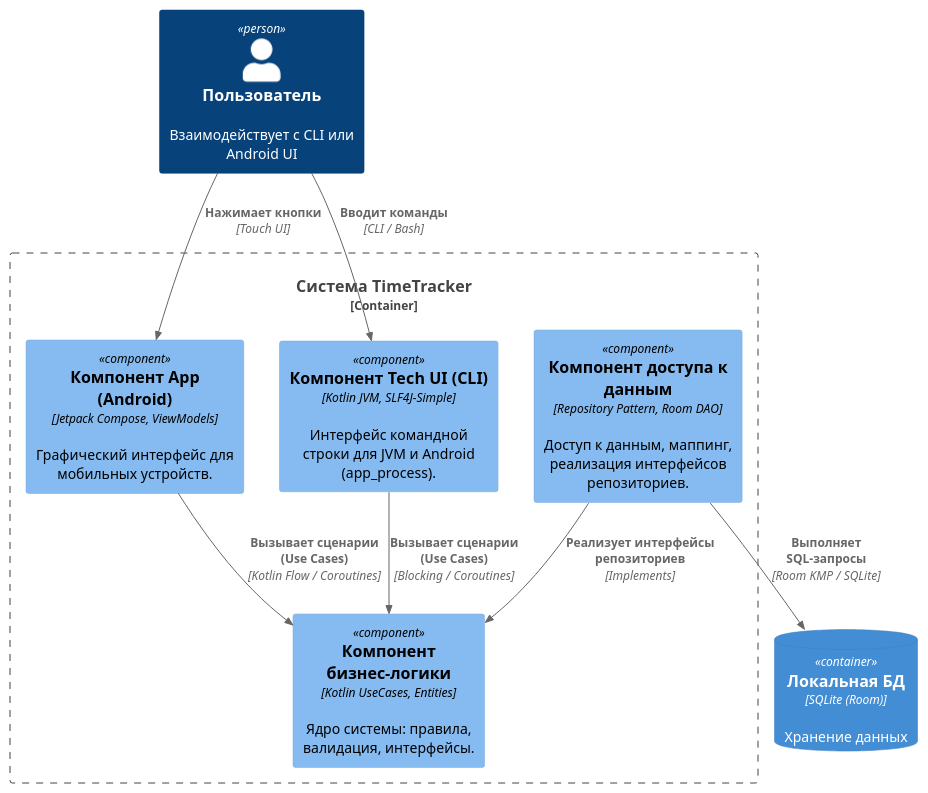
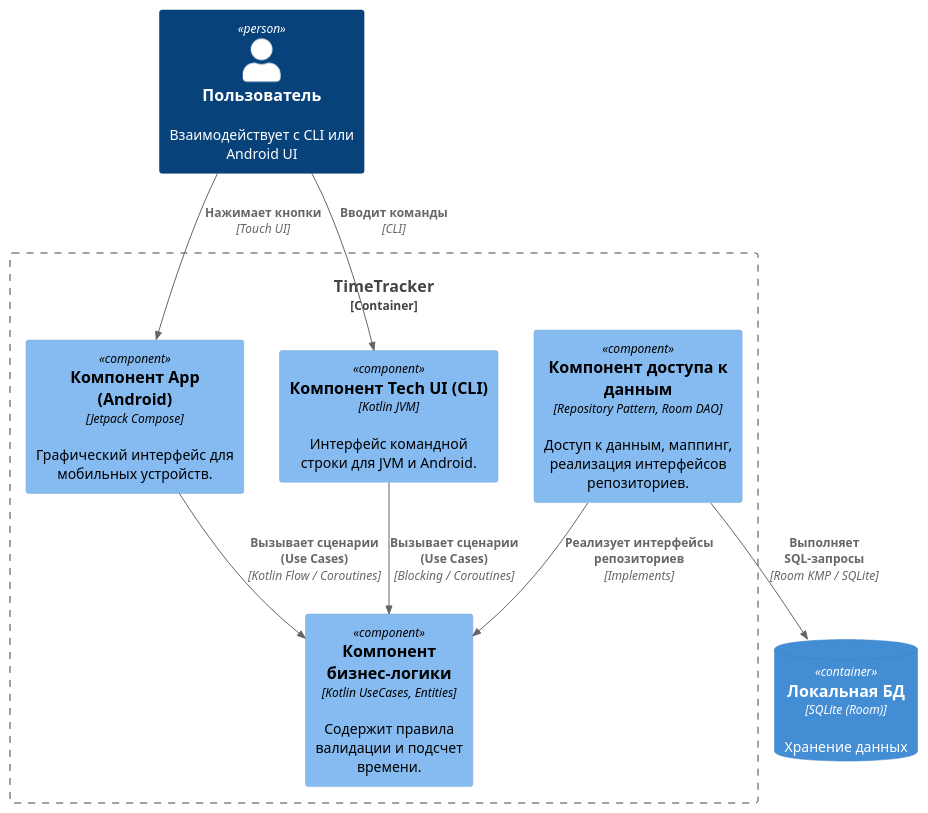
One commit to da-fuu/IU7_7sem_Web changed the diagram in docs/L3.puml. Above: the diagram before and after it, drawn with PlantUML. The commit also changed 16 other files, not shown here.

```diff
--- a/docs/L3.puml
+++ b/docs/L3.puml
@@ -1,28 +1,28 @@
 @startuml
 !include <c4/C4_Component.puml>
 
 Person(user, "Пользователь", "Взаимодействует с CLI или Android UI")
 
 ContainerDb(local_db, "Локальная БД", "SQLite (Room)", "Хранение данных")
 
-Container_Boundary(app_container, "Система TimeTracker") {
+Container_Boundary(app_container, "TimeTracker") {
 
-    Component(app, "Компонент App (Android)", "Jetpack Compose, ViewModels", "Графический интерфейс для мобильных устройств.")
+    Component(app, "Компонент App (Android)", "Jetpack Compose", "Графический интерфейс для мобильных устройств.")
 
-    Component(tech_ui, "Компонент Tech UI (CLI)", "Kotlin JVM, SLF4J-Simple", "Интерфейс командной строки для JVM и Android (app_process).")
+    Component(tech_ui, "Компонент Tech UI (CLI)", "Kotlin JVM", "Интерфейс командной строки для JVM и Android.")
 
-    Component(domain, "Компонент бизнес-логики", "Kotlin UseCases, Entities", "Ядро системы: правила, валидация, интерфейсы.")
+    Component(domain, "Компонент бизнес-логики", "Kotlin UseCases, Entities", "Содержит правила валидации и подсчет времени.")
 
     Component(data, "Компонент доступа к данным", "Repository Pattern, Room DAO", "Доступ к данным, маппинг, реализация интерфейсов репозиториев.")
 }
 
 Rel(user, app, "Нажимает кнопки", "Touch UI")
-Rel(user, tech_ui, "Вводит команды", "CLI / Bash")
+Rel(user, tech_ui, "Вводит команды", "CLI")
 
 Rel(app, domain, "Вызывает сценарии (Use Cases)", "Kotlin Flow / Coroutines")
 Rel(tech_ui, domain, "Вызывает сценарии (Use Cases)", "Blocking / Coroutines")
 
 Rel(data, domain, "Реализует интерфейсы репозиториев", "Implements")
 Rel(data, local_db, "Выполняет SQL-запросы", "Room KMP / SQLite")
 
 @enduml
```
